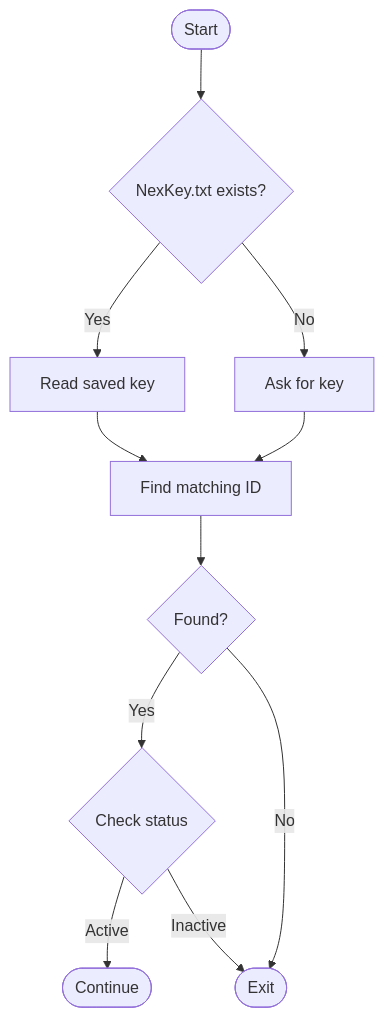
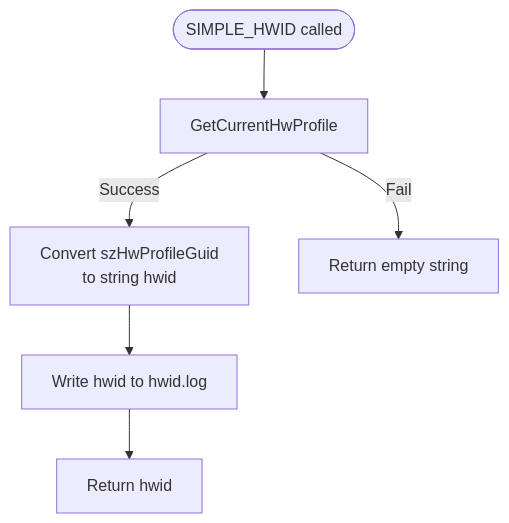
The second of 2 diagrams in README.md (Kilovfhh/simple-keysystem-in-cpp), drawn with Mermaid before and after one commit. The commit also changed other lines of this file, not shown here.

First line of the commit message:
Enhance README with HWID and license details

````diff
--- a/README.md
+++ b/README.md
@@ -103,13 +117,8 @@
 ```mermaid
 flowchart TD
-    S([Start]) --> E{NexKey.txt exists?}
-    E -->|Yes| R[Read saved key]
-    E -->|No| A[Ask for key]
-    R --> F[Find matching ID]
-    A --> F
-    F --> M{Found?}
-    M -->|Yes| ST{Check status}
-    M -->|No| X([Exit])
-    ST -->|Active| C([Continue])
-    ST -->|Inactive| X
+    A([SIMPLE_HWID called]) --> B[GetCurrentHwProfile]
+    B -->|Success| C[Convert szHwProfileGuid<br/>to string hwid]
+    C --> D[Write hwid to hwid.log]
+    D --> E[Return hwid]
+    B -->|Fail| F[Return empty string]
 ```
````
